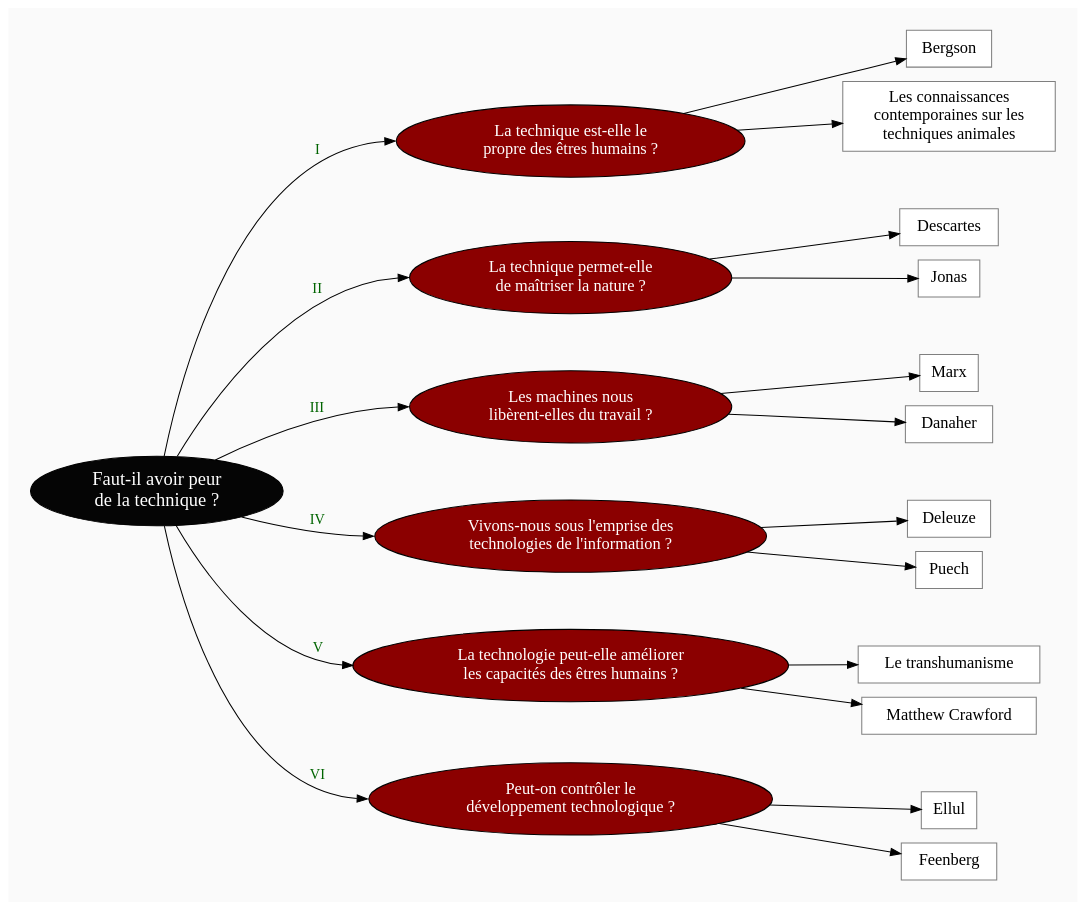
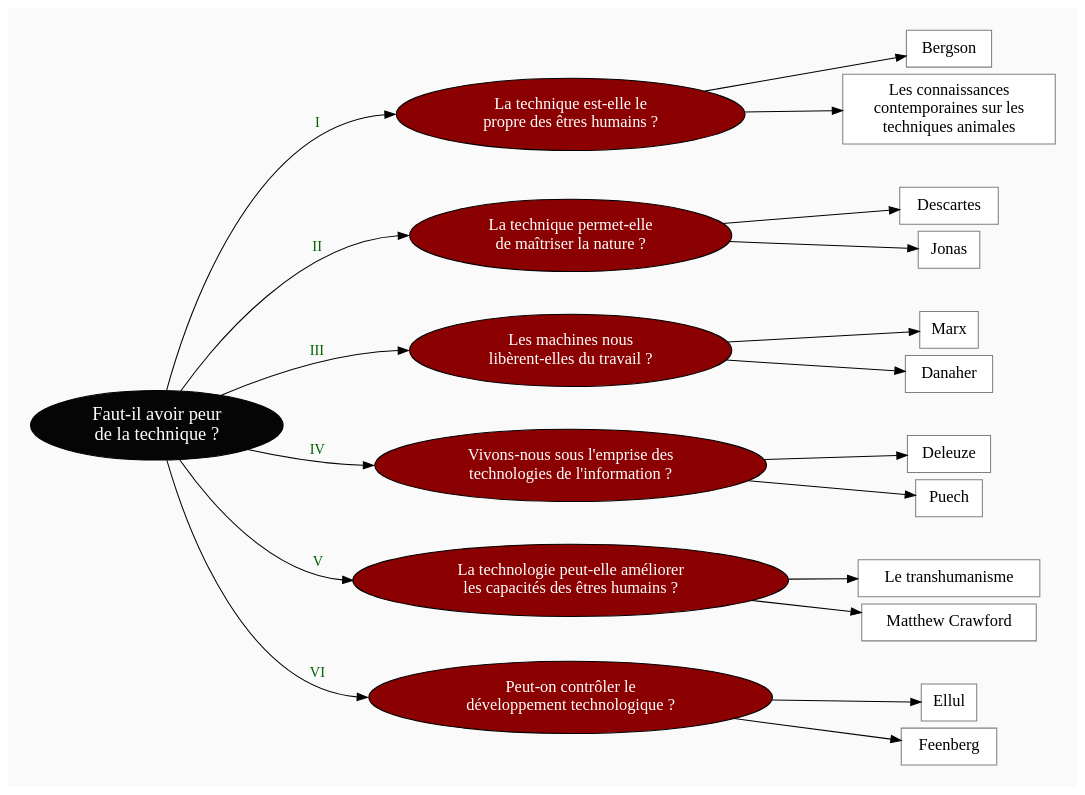
The diagram in plans/plan-cours-technique.dot (eyssette/graphviz-examples), drawn with Graphviz before and after one commit. The commit also changed 1 other file, not shown here.

```diff
--- a/plans/plan-cours-technique.dot
+++ b/plans/plan-cours-technique.dot
@@ -1,113 +1,113 @@
 digraph G {
 // Template : diagram
 // Usage : 
 rankdir=LR
 splines=true
 //splines=curved
 bgcolor=grey98
 pad=0.3
 style=filled
 edge[minlen=3]
 node[style=filled, fontcolor=white]
 ranksep=0.1
-nodesep=0.2
+nodesep=0.1
 
 // NIVEAU 1
 node[fillcolor=grey2, fontsize=18]
 a1[label="Faut-il avoir peur
 de la technique ?"]
 
 // NIVEAU 2
 node[fillcolor=red4, fontsize=16, margin=0.1]
 a1->b1[headport=w,label=<<FONT color="darkgreen"><br/>I</FONT>>]
 a1->b2[headport=w,label=<<FONT color="darkgreen"><br/>II</FONT>>]
 a1->b3[headport=w,label=<<FONT color="darkgreen"><br/>III</FONT>>]
 a1->b4[headport=w,label=<<FONT color="darkgreen"><br/>IV</FONT>>]
 a1->b5[headport=w,label=<<FONT color="darkgreen"><br/>V</FONT>>]
 a1->b6[headport=w,label=<<FONT color="darkgreen"><br/>VI</FONT>>]
 b1[label="La technique est-elle le
 propre des êtres humains ?"]    
 b2[label="La technique permet-elle
 de maîtriser la nature ?"]
 b3[label="Les machines nous
 libèrent-elles du travail ?"]
 b4[label="Vivons-nous sous l'emprise des
 technologies de l'information ?"]
 b5[label="La technologie peut-elle améliorer
 les capacités des êtres humains ?"]
 b6[label="Peut-on contrôler le
 développement technologique ?"]
 
 
 
-{rank=same;b1->b2->b3->b4->b5->b6[style=invis, minlen=2]}
+{rank=same;b1->b2->b3->b4->b5->b6[style=invis, minlen=3]}
 
 node[fontcolor=black]
 // NIVEAU 3 (sans intermédiaire)
 node [shape=box, fillcolor=white, color=grey50]
 // c1[label=""]
 b1->{c1,c2}
 c1[label="Bergson"]
 c2[label="Les connaissances
 contemporaines sur les
 techniques animales"]
 
 b2->{c3,c4}
 c3[label="Descartes"]
 c4[label="Jonas"]
 
 b3->{c5,c6}
 c5[label="Marx"]
 c6[label="Danaher"]
 
 b4->{c7,c8}
 c7[label="Deleuze"]
 c8[label="Puech"]
 
 b5->{c9,c10}
 c9[label="Le transhumanisme"]
 c10[label="Matthew Crawford"]
 
 b6->{c11,c12}
 c11[label="Ellul"]
 c12[label="Feenberg"]
 
 
 
-{rank=same;c2->c3[style=invis, minlen=2]}
-{rank=same;c4->c5[style=invis, minlen=2]}
-{rank=same;c6->c7[style=invis, minlen=2]}
-{rank=same;c8->c9[style=invis, minlen=2]}
-{rank=same;c10->c11[style=invis, minlen=2]}
+{rank=same;c2->c3[style=invis, minlen=3]}
+{rank=same;c4->c5[style=invis, minlen=3]}
+{rank=same;c6->c7[style=invis, minlen=3]}
+{rank=same;c8->c9[style=invis, minlen=3]}
+{rank=same;c10->c11[style=invis, minlen=3]}
 
 
 
 // INTERMÉDIAIRE AVANT NIVEAU 3
 node[fillcolor=grey78, shape=oval]
 // [arrowhead=none]
 // bc1[label=""]
 
 // NIVEAU 3 (avec intermédiaire)
 node[fillcolor=white, shape=box, color=grey50]
 // c1[label=""]
 
 // NIVEAU 4
 node[style="filled,rounded", fillcolor=white, shape=box, color=grey50]
 // d1[label=""]
 
 // ÉTIQUETTES EN ROUGE
 node[shape=plaintext, fontcolor=firebrick3, fillcolor=grey98]
 // e1[label=< <B>= Titre</B><BR /><BR />Contenu<BR /> >]
 // e1[label=""]
 // ->e1[minlen=1, style=invis]
 
 
 
 // REMARQUES EN BLEU
 node[color=blue, shape=box, margin=0.07, fontcolor=black, fontsize=12, style="dashed", penwidth=0.6]
 edge[color=blue, arrowhead="none", xlabel="", style="dashed", penwidth=0.6]
 // r1[label=""]
 // {rank=same;->r1}
 // {rank=same;r1->[dir=back]}
 
 }
```
